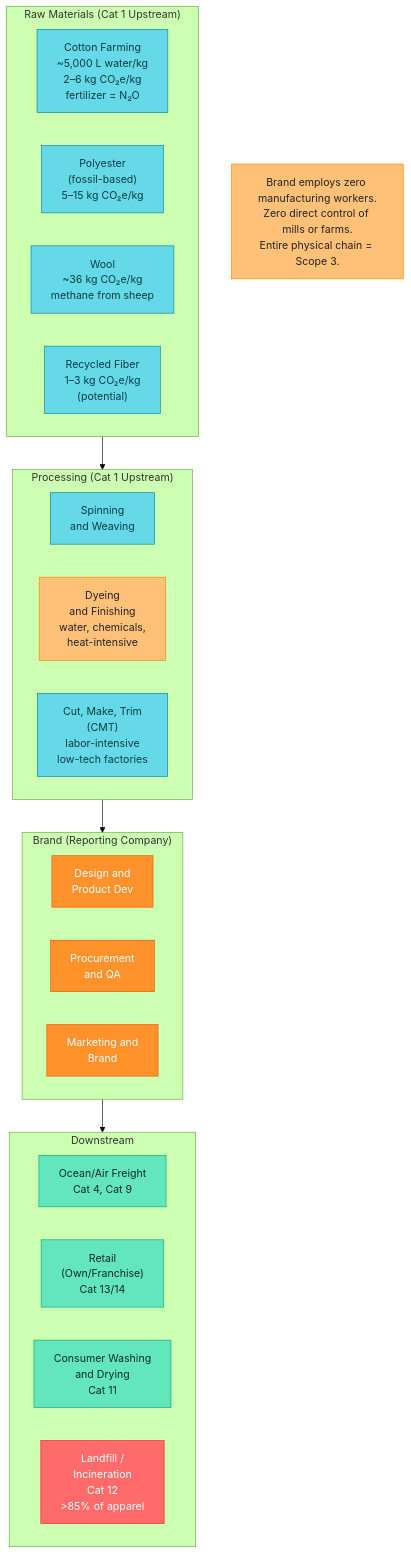
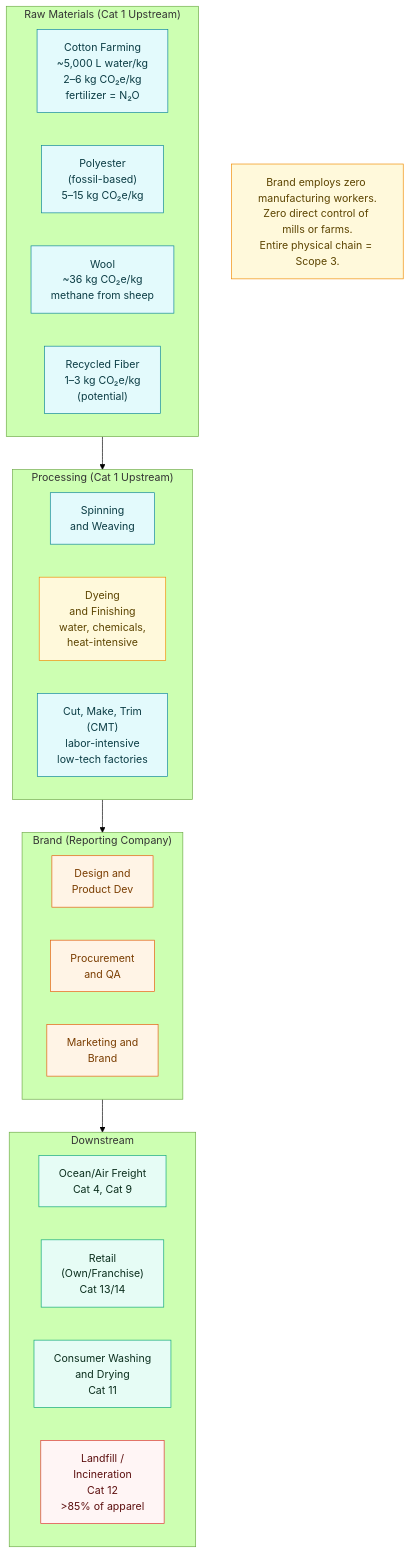
The third of 9 diagrams in docs/03_industry_case_studies.md (co3org/Scope3-Challenge), drawn with Mermaid (forest theme) before and after one commit. The commit also changed other lines of this file and 11 other files, not shown here.

First line of the commit message:
Soft diagram palette and trim text-wall node labels

````diff
--- a/docs/03_industry_case_studies.md
+++ b/docs/03_industry_case_studies.md
@@ -150,45 +150,45 @@
 ```mermaid
     flowchart TD
-    classDef up fill:#66d9e8,stroke:#0c8599,color:#0b3c44;
-    classDef s1 fill:#ff922b,stroke:#e8590c,color:#fff;
-    classDef down fill:#63e6be,stroke:#0ca678,color:#0b2e1d;
-    classDef bad fill:#ff6b6b,stroke:#e03131,color:#fff;
-    classDef warn fill:#ffc078,stroke:#f08c00,color:#212529;
+    classDef up fill:#e3fafc,stroke:#0c8599,color:#0b3c44;
+    classDef s1 fill:#fff4e6,stroke:#e8590c,color:#7a3d00;
+    classDef down fill:#e6fcf5,stroke:#0ca678,color:#0b2e1d;
+    classDef bad fill:#fff5f5,stroke:#e03131,color:#5c0f0f;
+    classDef warn fill:#fff9db,stroke:#f08c00,color:#5c4400;
 
     subgraph Raw["Raw Materials (Cat 1 Upstream)"]
         Cotton["Cotton Farming\n~5,000 L water/kg\n2–6 kg CO₂e/kg\nfertilizer = N₂O"]
         Poly["Polyester\n(fossil-based)\n5–15 kg CO₂e/kg"]
         Wool["Wool\n~36 kg CO₂e/kg\nmethane from sheep"]
         Regen["Recycled Fiber\n1–3 kg CO₂e/kg\n(potential)"]
     end
 
     subgraph Process["Processing (Cat 1 Upstream)"]
         Spin["Spinning\nand Weaving"]
         Dye["Dyeing\nand Finishing\nwater, chemicals,\nheat-intensive"]
         Cut["Cut, Make, Trim\n(CMT)\nlabor-intensive\nlow-tech factories"]
     end
 
     subgraph Brand["Brand (Reporting Company)"]
         Design["Design and\nProduct Dev"]
         Proc["Procurement\nand QA"]
         Mktg["Marketing and\nBrand"]
     end
 
     subgraph DS["Downstream"]
         Ship["Ocean/Air Freight\nCat 4, Cat 9"]
         Retail["Retail\n(Own/Franchise)\nCat 13/14"]
         Use["Consumer Washing\nand Drying\nCat 11"]
         EoL["Landfill /\nIncineration\nCat 12\n>85% of apparel"]
     end
 
     Raw --> Process --> Brand --> DS
 
     note["Brand employs zero manufacturing workers.\nZero direct control of mills or farms.\nEntire physical chain = Scope 3."]
 
     class Cotton,Poly,Wool,Regen,Spin,Cut up;
     class Dye warn;
     class Design,Proc,Mktg s1;
     class Ship,Retail,Use down;
     class EoL bad;
     class note warn;
 ```
````
